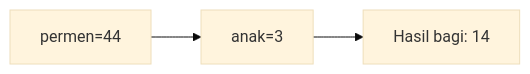
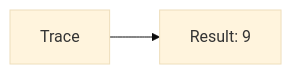
The tenth of 25 diagrams in part-c-pemahaman-cpp/01-tipe-data/latihan/set-09.md (amnahwaida/OSNK_INF_PREP), drawn with Mermaid (base theme) before and after one commit. The commit also changed other lines of this file and 71 other files, not shown here.

````diff
--- a/part-c-pemahaman-cpp/01-tipe-data/latihan/set-09.md
+++ b/part-c-pemahaman-cpp/01-tipe-data/latihan/set-09.md
@@ -279,5 +211,4 @@
 ```mermaid
 graph LR
-A["permen=44"] --> B["anak=3"]
-B --> C["Hasil bagi: 14"]
+A[Trace] --> B[Result: 9]
 ```
````
